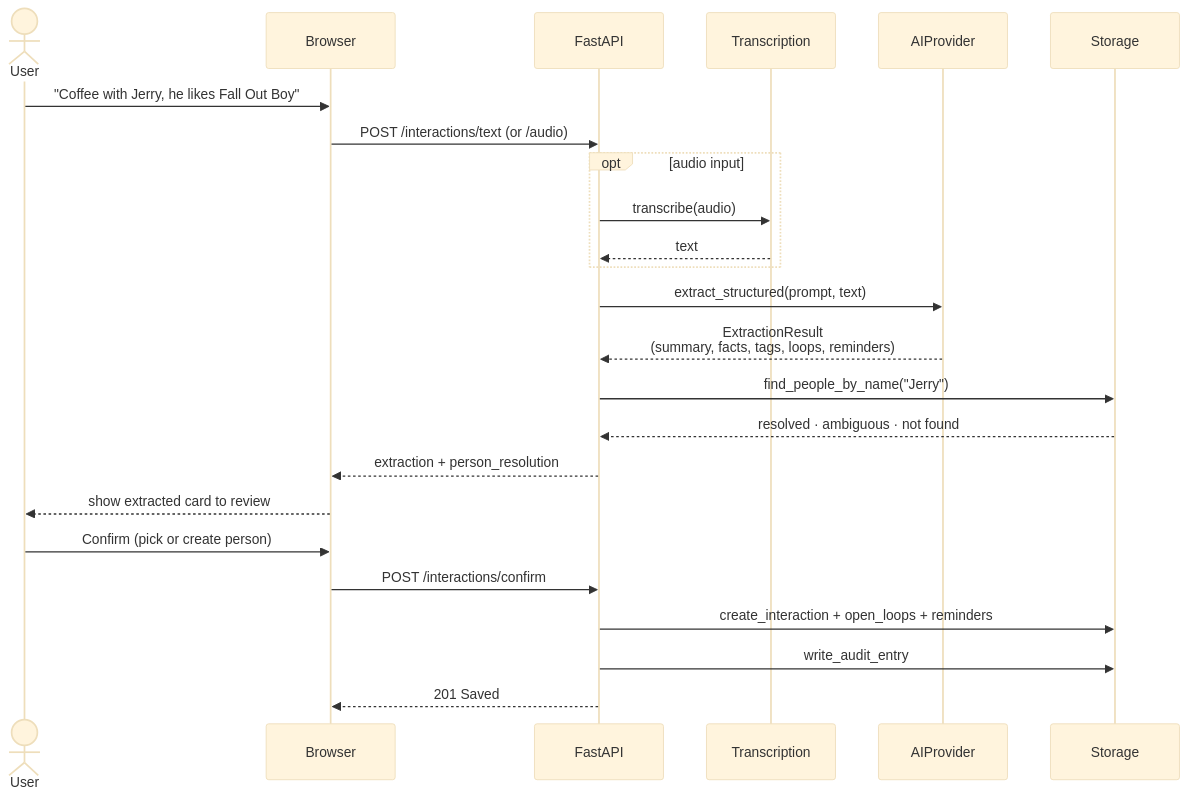
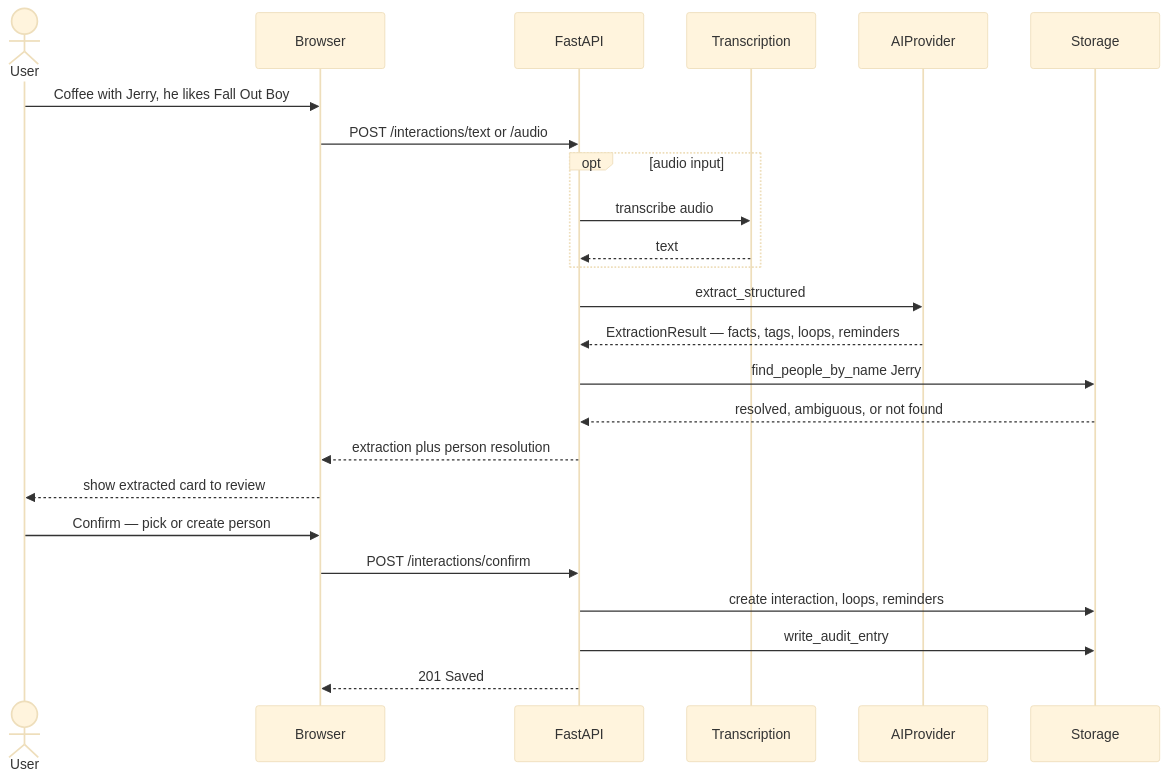
Before and after one commit to NebulaDrifter/REMI: the second of 3 diagrams in docs/ARCHITECTURE.md, drawn with Mermaid (base theme). The commit also changed other lines of this file and 1 other file, not shown here.

First line of the commit message:
Fix Mermaid diagrams failing to render on GitHub

````diff
--- a/docs/ARCHITECTURE.md
+++ b/docs/ARCHITECTURE.md
@@ -60,28 +66,28 @@
 ```mermaid
 sequenceDiagram
     actor User
     participant UI as Browser
     participant API as FastAPI
     participant TR as Transcription
     participant AI as AIProvider
     participant DB as Storage
 
-    User->>UI: "Coffee with Jerry, he likes Fall Out Boy"
-    UI->>API: POST /interactions/text (or /audio)
+    User->>UI: Coffee with Jerry, he likes Fall Out Boy
+    UI->>API: POST /interactions/text or /audio
     opt audio input
-        API->>TR: transcribe(audio)
+        API->>TR: transcribe audio
         TR-->>API: text
     end
-    API->>AI: extract_structured(prompt, text)
-    AI-->>API: ExtractionResult<br/>(summary, facts, tags, loops, reminders)
-    API->>DB: find_people_by_name("Jerry")
-    DB-->>API: resolved · ambiguous · not found
-    API-->>UI: extraction + person_resolution
+    API->>AI: extract_structured
+    AI-->>API: ExtractionResult — facts, tags, loops, reminders
+    API->>DB: find_people_by_name Jerry
+    DB-->>API: resolved, ambiguous, or not found
+    API-->>UI: extraction plus person resolution
     UI-->>User: show extracted card to review
 
-    User->>UI: Confirm (pick or create person)
+    User->>UI: Confirm — pick or create person
     UI->>API: POST /interactions/confirm
-    API->>DB: create_interaction + open_loops + reminders
+    API->>DB: create interaction, loops, reminders
     API->>DB: write_audit_entry
     API-->>UI: 201 Saved
 ```
````
